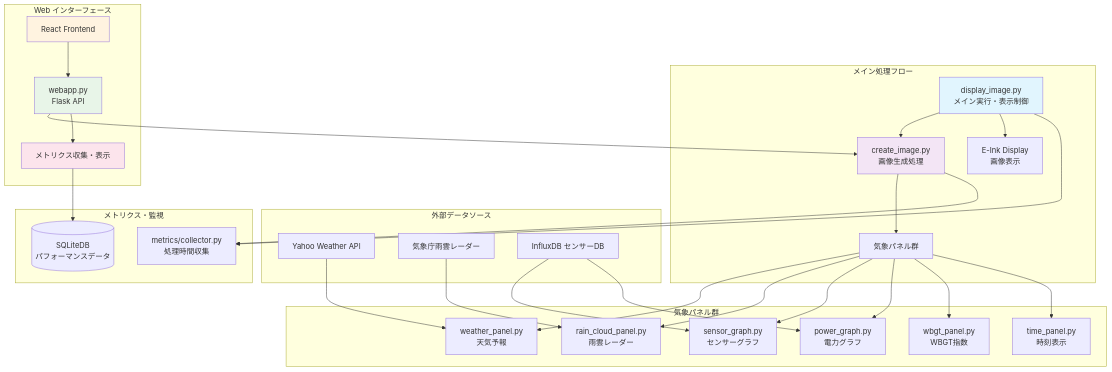
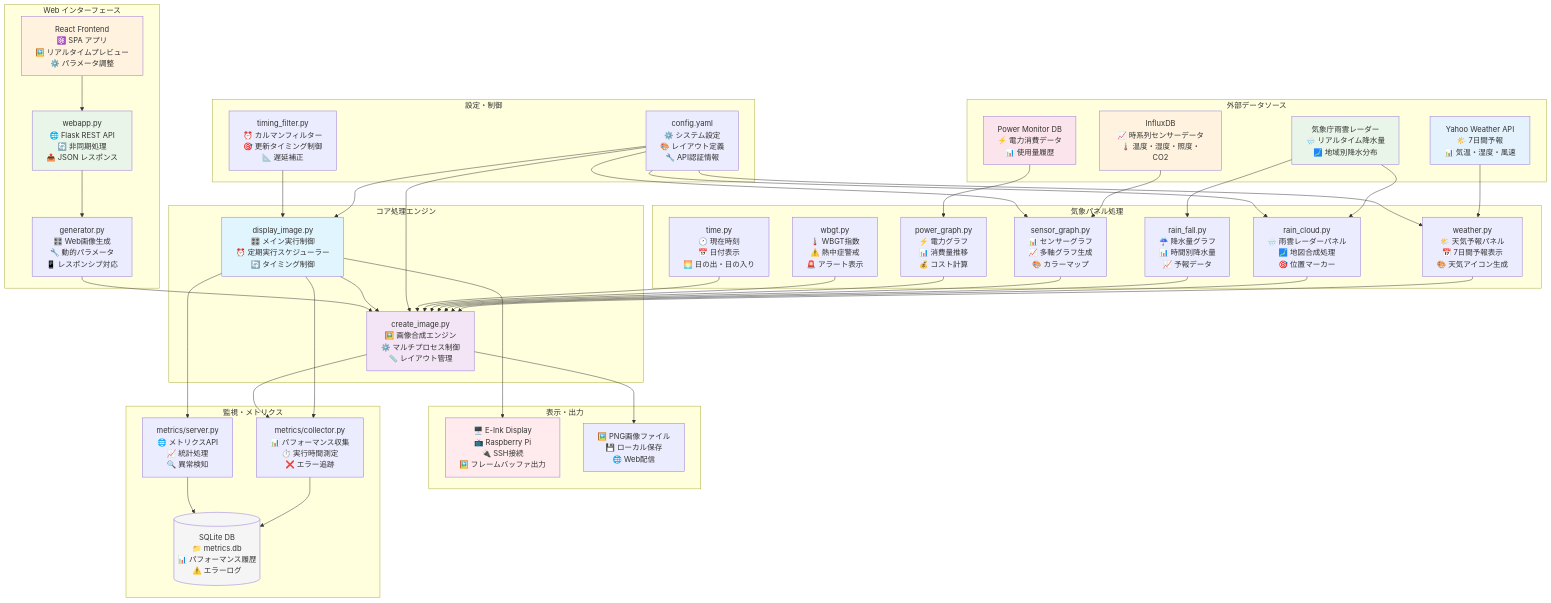
The second of 4 diagrams in README.md (kimata/eink-weather-panel), drawn with Mermaid before and after one commit. The commit also changed other lines of this file, not shown here.

First line of the commit message:
docs: アーキテクチャ図を詳細化し、シーケンス図を追加

````diff
--- a/README.md
+++ b/README.md
@@ -335,42 +335,95 @@
 ```mermaid
-graph TB
-    subgraph "メイン処理フロー"
-        DI[display_image.py<br/>メイン実行・表示制御] --> CI[create_image.py<br/>画像生成処理]
-        CI --> PANELS[気象パネル群]
-        DI --> DISPLAY[E-Ink Display<br/>画像表示]
+flowchart TB
+    subgraph "外部データソース"
+        YAHOO[Yahoo Weather API<br/>🌤️ 7日間予報<br/>📊 気温・湿度・風速]
+        JMA[気象庁雨雲レーダー<br/>🌧️ リアルタイム降水量<br/>🗾 地域別降水分布]
+        INFLUX[InfluxDB<br/>📈 時系列センサーデータ<br/>🌡️ 温度・湿度・照度・CO2]
+        POWER_DB[Power Monitor DB<br/>⚡ 電力消費データ<br/>📊 使用量履歴]
     end
 
-    subgraph "気象パネル群"
-        PANELS --> WP[weather_panel.py<br/>天気予報]
-        PANELS --> RC[rain_cloud_panel.py<br/>雨雲レーダー]
-        PANELS --> SG[sensor_graph.py<br/>センサーグラフ]
-        PANELS --> PG[power_graph.py<br/>電力グラフ]
-        PANELS --> WBGT[wbgt_panel.py<br/>WBGT指数]
-        PANELS --> TP[time_panel.py<br/>時刻表示]
+    subgraph "コア処理エンジン"
+        DI[display_image.py<br/>🎛️ メイン実行制御<br/>⏰ 定期実行スケジューラー<br/>🔄 タイミング制御]
+        CI[create_image.py<br/>🖼️ 画像合成エンジン<br/>⚙️ マルチプロセス制御<br/>📏 レイアウト管理]
     end
 
-    subgraph "外部データソース"
-        YAHOO[Yahoo Weather API] --> WP
-        JMA[気象庁雨雲レーダー] --> RC
-        INFLUX[InfluxDB センサーDB] --> SG
-        INFLUX --> PG
+    subgraph "気象パネル処理"
+        WP[weather.py<br/>🌤️ 天気予報パネル<br/>📅 7日間予報表示<br/>🎨 天気アイコン生成]
+        RC[rain_cloud.py<br/>🌧️ 雨雲レーダーパネル<br/>🗾 地図合成処理<br/>🎯 位置マーカー]
+        RF[rain_fall.py<br/>☔ 降水量グラフ<br/>📊 時間別降水量<br/>📈 予報データ]
+        SG[sensor_graph.py<br/>📊 センサーグラフ<br/>📈 多軸グラフ生成<br/>🎨 カラーマップ]
+        PG[power_graph.py<br/>⚡ 電力グラフ<br/>📊 消費量推移<br/>💰 コスト計算]
+        WBGT[wbgt.py<br/>🌡️ WBGT指数<br/>⚠️ 熱中症警戒<br/>🚨 アラート表示]
+        TP[time.py<br/>🕐 現在時刻<br/>📅 日付表示<br/>🌅 日の出・日の入り]
     end
 
     subgraph "Web インターフェース"
-        WEBAPP[webapp.py<br/>Flask API] --> CI
-        REACT[React Frontend] --> WEBAPP
-        WEBAPP --> METRICS[メトリクス収集・表示]
+        WEBAPP[webapp.py<br/>🌐 Flask REST API<br/>🔄 非同期処理<br/>📤 JSON レスポンス]
+        REACT[React Frontend<br/>⚛️ SPA アプリ<br/>🖼️ リアルタイムプレビュー<br/>⚙️ パラメータ調整]
+        GENERATOR[generator.py<br/>🎛️ Web画像生成<br/>🔧 動的パラメータ<br/>📱 レスポンシブ対応]
     end
 
-    subgraph "メトリクス・監視"
-        METRICS --> SQLITE[(SQLiteDB<br/>パフォーマンスデータ)]
-        DI --> MCOLLECT[metrics/collector.py<br/>処理時間収集]
-        CI --> MCOLLECT
+    subgraph "表示・出力"
+        DISPLAY[🖥️ E-Ink Display<br/>📺 Raspberry Pi<br/>🔌 SSH接続<br/>🖼️ フレームバッファ出力]
+        PNG_OUTPUT[🖼️ PNG画像ファイル<br/>💾 ローカル保存<br/>🌐 Web配信]
     end
 
+    subgraph "監視・メトリクス"
+        MCOLLECT[metrics/collector.py<br/>📊 パフォーマンス収集<br/>⏱️ 実行時間測定<br/>❌ エラー追跡]
+        MSERVER[metrics/server.py<br/>🌐 メトリクスAPI<br/>📈 統計処理<br/>🔍 異常検知]
+        SQLITE[(SQLite DB<br/>📁 metrics.db<br/>📊 パフォーマンス履歴<br/>⚠️ エラーログ)]
+    end
+
+    subgraph "設定・制御"
+        CONFIG[config.yaml<br/>⚙️ システム設定<br/>🎨 レイアウト定義<br/>🔧 API認証情報]
+        TIMING[timing_filter.py<br/>⏰ カルマンフィルター<br/>🎯 更新タイミング制御<br/>📐 遅延補正]
+    end
+
+    %% データフロー接続
+    YAHOO --> WP
+    JMA --> RC
+    JMA --> RF
+    INFLUX --> SG
+    POWER_DB --> PG
+
+    WP --> CI
+    RC --> CI
+    RF --> CI
+    SG --> CI
+    PG --> CI
+    WBGT --> CI
+    TP --> CI
+
+    CONFIG --> DI
+    CONFIG --> CI
+    CONFIG --> WP
+    CONFIG --> RC
+    CONFIG --> SG
+
+    DI --> CI
+    CI --> PNG_OUTPUT
+    DI --> DISPLAY
+
+    REACT --> WEBAPP
+    WEBAPP --> GENERATOR
+    GENERATOR --> CI
+
+    DI --> MCOLLECT
+    CI --> MCOLLECT
+    MCOLLECT --> SQLITE
+    MSERVER --> SQLITE
+    DI --> MSERVER
+
+    TIMING --> DI
+
+    %% スタイリング
+    style YAHOO fill:#e3f2fd
+    style JMA fill:#e8f5e8
+    style INFLUX fill:#fff3e0
+    style POWER_DB fill:#fce4ec
     style DI fill:#e1f5fe
     style CI fill:#f3e5f5
     style WEBAPP fill:#e8f5e8
     style REACT fill:#fff3e0
-    style METRICS fill:#fce4ec
+    style SQLITE fill:#f5f5f5
+    style DISPLAY fill:#ffebee
 ```
````
